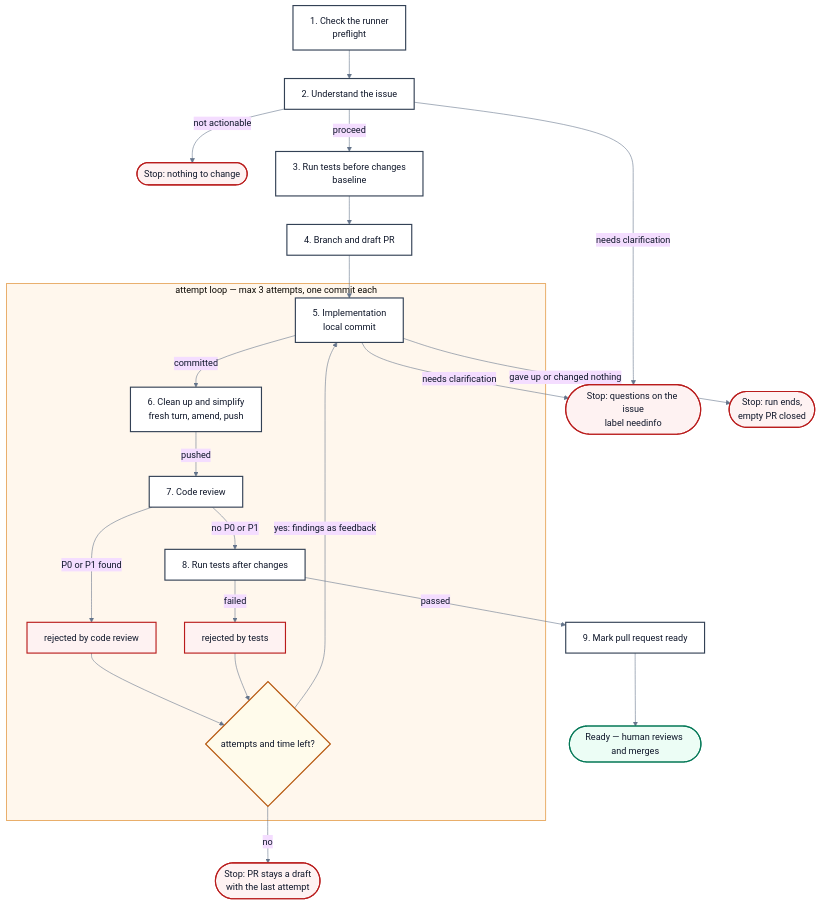
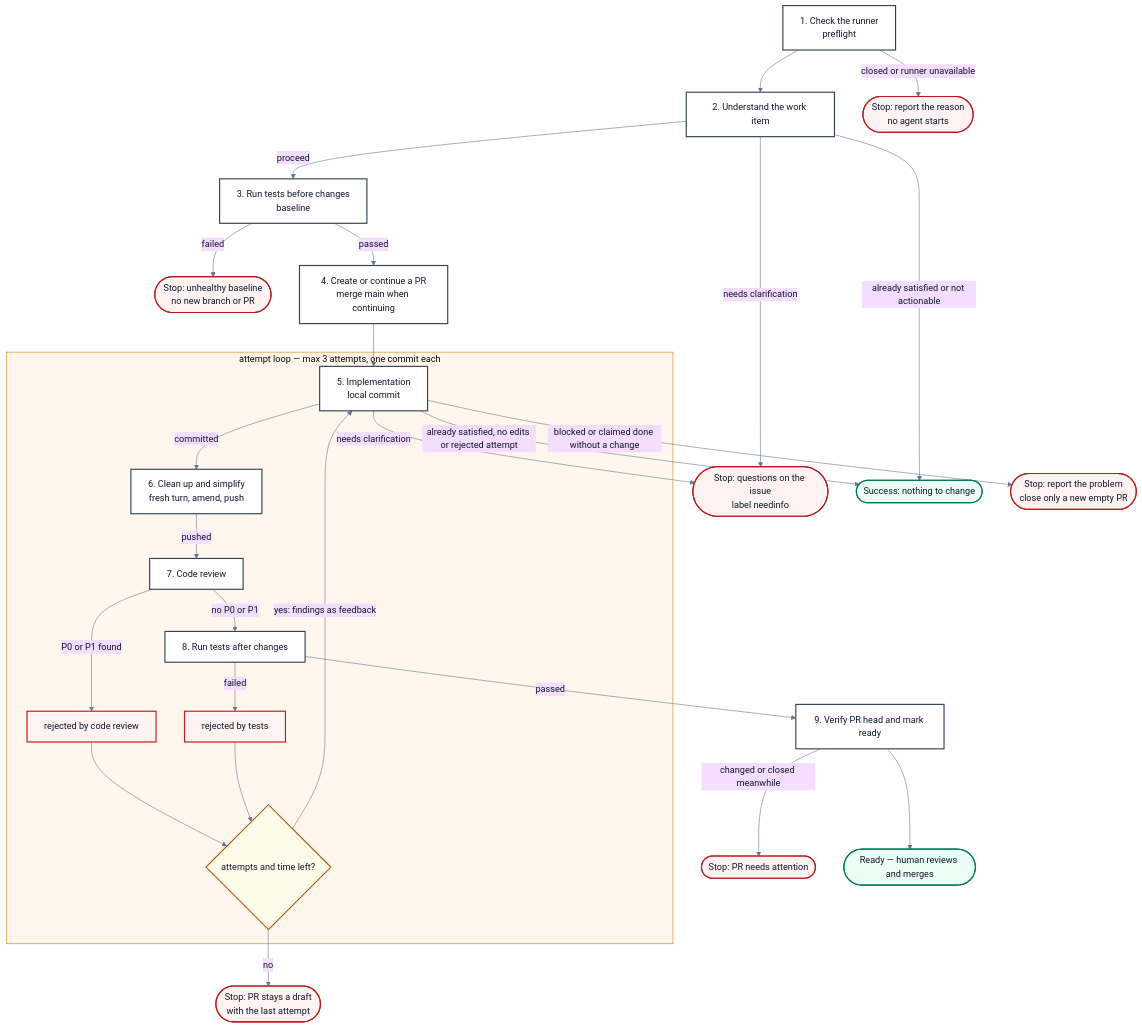
The diagram in docs/README.md (ludenio/ShipLoopWorkshop), drawn with Mermaid before and after one commit. The commit also changed other lines of this file and 18 other files, not shown here.

````diff
--- a/docs/README.md
+++ b/docs/README.md
@@ -23,37 +37,41 @@
 ```mermaid
 %%{init: {"theme": "base", "themeVariables": {"lineColor": "#64748b", "primaryTextColor": "#0f172a", "primaryBorderColor": "#64748b", "clusterBkg": "#fff7ed", "clusterBorder": "#d97706", "fontFamily": "ui-sans-serif, system-ui, sans-serif"}}}%%
 graph TD
-    S1["1. Check the runner<br/>preflight"] --> S2["2. Understand the issue"]
+    S1["1. Check the runner<br/>preflight"] --> S2["2. Understand the work item"]
+    S1 -->|closed or runner unavailable| STOP0(["Stop: report the reason<br/>no agent starts"])
     S2 -->|needs clarification| STOP1(["Stop: questions on the issue<br/>label needinfo"])
-    S2 -->|not actionable| STOP2(["Stop: nothing to change"])
+    S2 -->|already satisfied or not actionable| STOP2(["Success: nothing to change"])
     S2 -->|proceed| S3["3. Run tests before changes<br/>baseline"]
-    S3 --> S4["4. Branch and draft PR"]
+    S3 -->|failed| STOPBASE(["Stop: unhealthy baseline<br/>no new branch or PR"])
+    S3 -->|passed| S4["4. Create or continue a PR<br/>merge main when continuing"]
 
     subgraph LOOP["attempt loop — max 3 attempts, one commit each"]
         Implementation["5. Implementation<br/>local commit"]
         Implementation -->|committed| S6["6. Clean up and simplify<br/>fresh turn, amend, push"]
         S6 -->|pushed| S7["7. Code review"]
         S7 -->|P0 or P1 found| REJ["rejected by code review"]
         S7 -->|no P0 or P1| S8["8. Run tests after changes"]
         S8 -->|failed| REJ2["rejected by tests"]
         REJ --> NEXT{"attempts and time left?"}
         REJ2 --> NEXT
         NEXT -->|yes: findings as feedback| Implementation
     end
 
     S4 --> Implementation
     Implementation -->|needs clarification| STOP1
-    Implementation -->|gave up or changed nothing| STOP4(["Stop: run ends,<br/>empty PR closed"])
+    Implementation -->|already satisfied, no edits or rejected attempt| STOP2
+    Implementation -->|blocked or claimed done without a change| STOP4(["Stop: report the problem<br/>close only a new empty PR"])
     NEXT -->|no| STOP3(["Stop: PR stays a draft<br/>with the last attempt"])
-    S8 -->|passed| S9["9. Mark pull request ready"]
+    S8 -->|passed| S9["9. Verify PR head and mark ready"]
+    S9 -->|changed or closed meanwhile| STOPHEAD(["Stop: PR needs attention"])
     S9 --> DONE(["Ready — human reviews and merges"])
 
     classDef step fill:#ffffff,stroke:#334155,stroke-width:2px,color:#0f172a
     classDef stop fill:#fef2f2,stroke:#b91c1c,stroke-width:2px,color:#0f172a
     classDef gate fill:#fffbeb,stroke:#b45309,stroke-width:2px,color:#0f172a
     classDef ok fill:#ecfdf5,stroke:#047857,stroke-width:2px,color:#0f172a
     class S1,S2,S3,S4,Implementation,S6,S7,S8,S9 step
-    class STOP1,STOP2,STOP3,STOP4,REJ,REJ2 stop
+    class STOP0,STOP1,STOP3,STOP4,STOPBASE,STOPHEAD,REJ,REJ2 stop
     class NEXT gate
-    class DONE ok
+    class DONE,STOP2 ok
 ```
````
